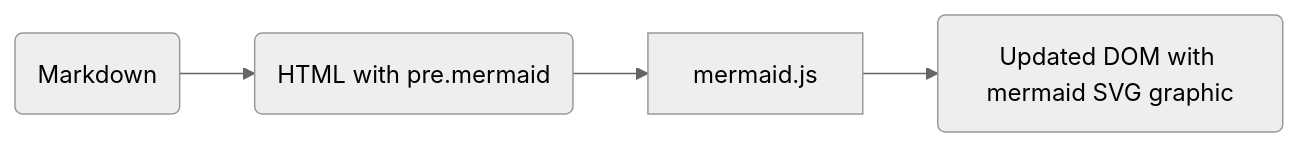
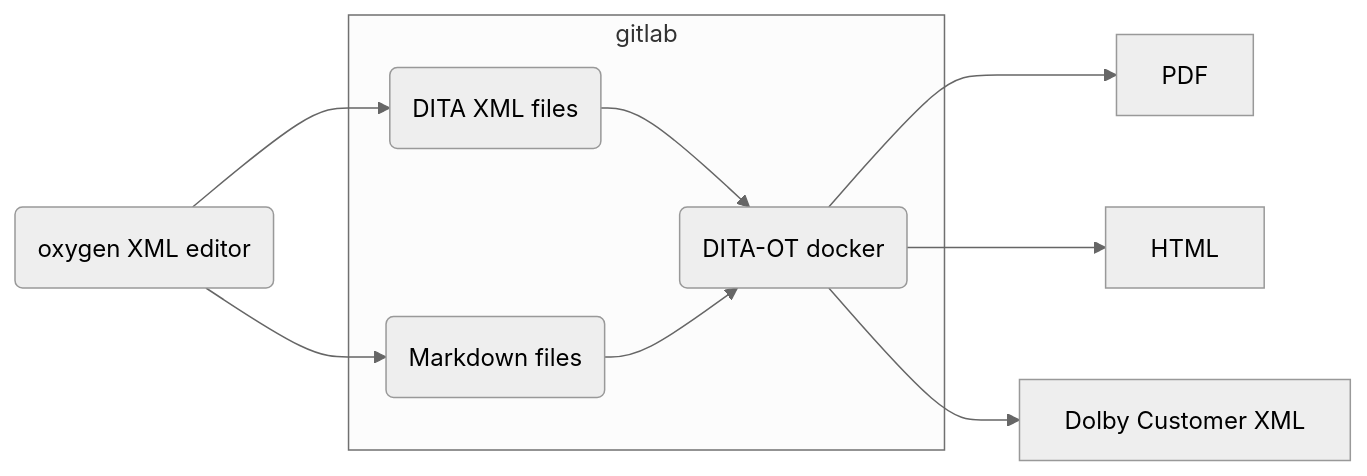
The first of 2 diagrams in slides.md (db4rr/soapconf23), drawn with Mermaid before and after one commit. The commit also changed other lines of this file and 1 other file, not shown here.

```diff
--- a/slides.md
+++ b/slides.md
@@ -29,5 +39,10 @@
 <pre class="mermaid">
 %%{init: {'theme': 'neutral' } }%%
 graph LR
-      A(Markdown) --> B(HTML with pre.mermaid) --> C[mermaid.js] --> D(Updated DOM with mermaid SVG graphic)
+    oxygen(oxygen XML editor) --> XML & MD
+    subgraph gitlab
+        XML("DITA XML files") --> DITA("DITA-OT docker")
+        MD("Markdown files") --> DITA
+    end
+    DITA --> PDF & HTML & DBCU[Dolby Customer XML]
 </pre>
```
